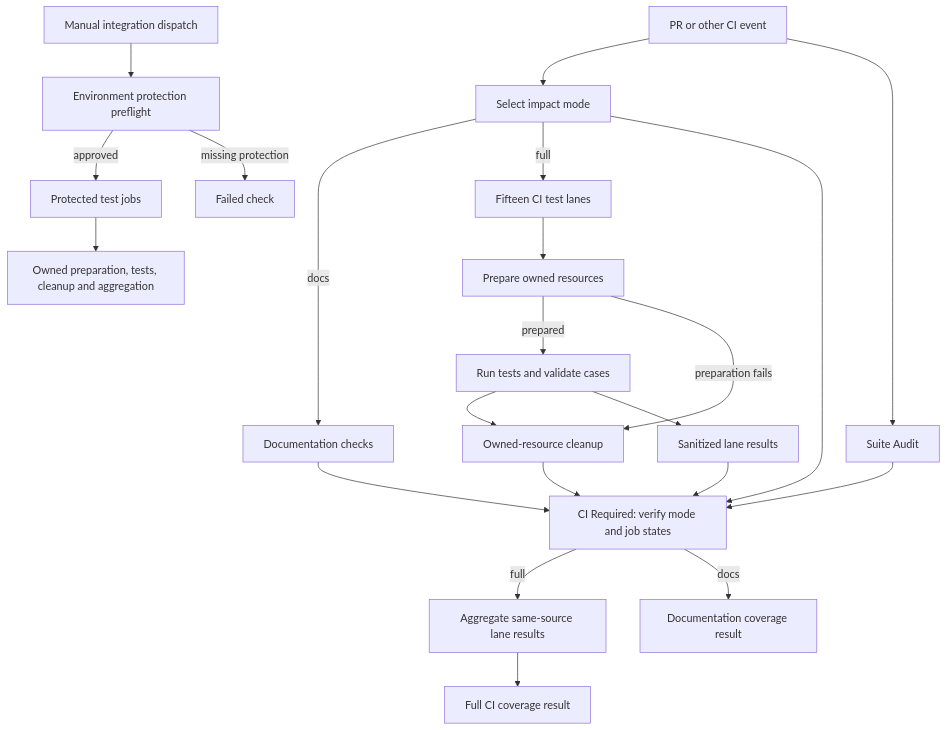
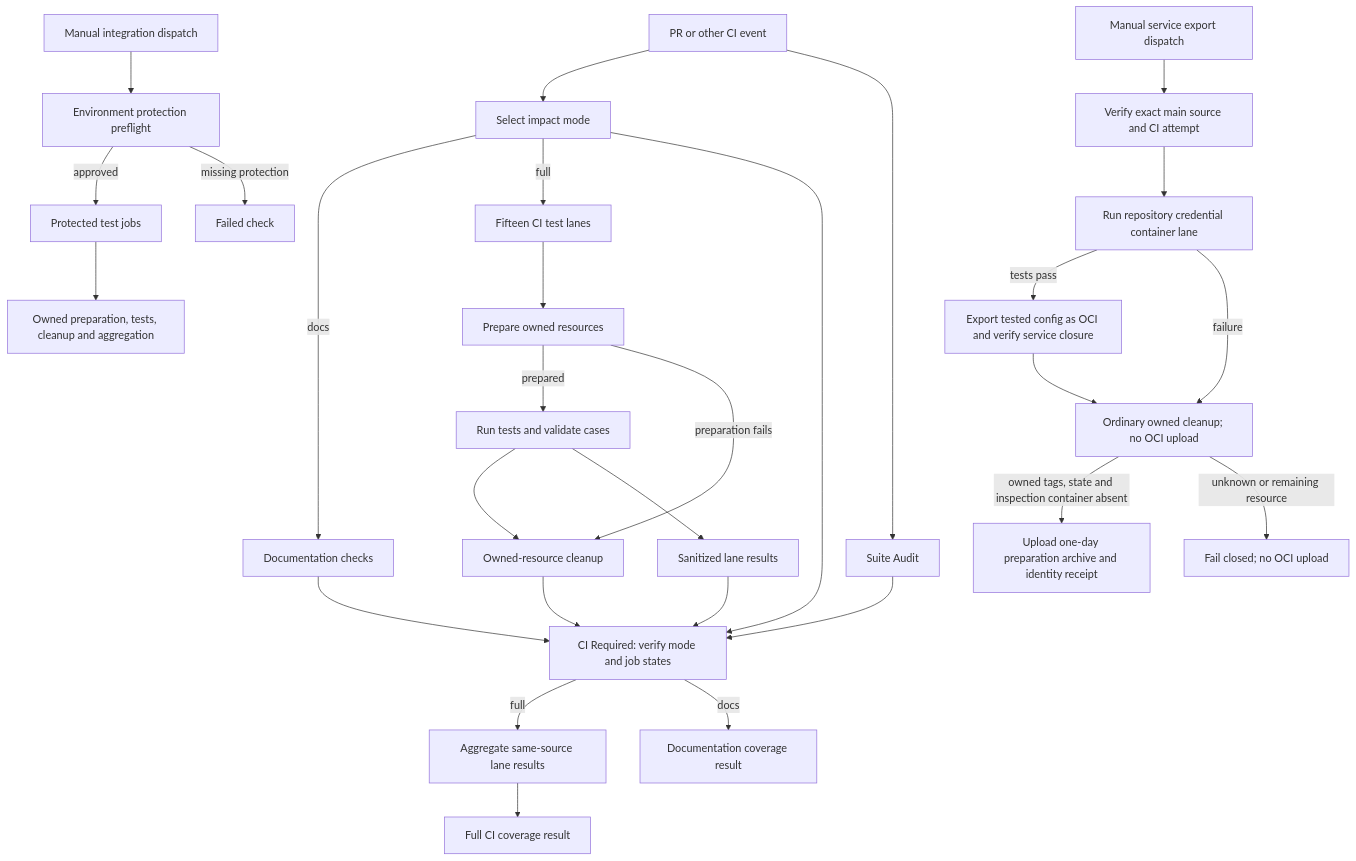
The diagram in docs/flows/github-actions-testing.md (SebTardif/openclaw-enterprise), drawn with Mermaid before and after one commit. The commit also changed other lines of this file and 7 other files, not shown here.

Commit message:
ci: prepare tested repository service image export

````diff
--- a/docs/flows/github-actions-testing.md
+++ b/docs/flows/github-actions-testing.md
@@ -21,24 +21,31 @@
 ```mermaid
 graph TD
   A["PR or other CI event"] --> S["Select impact mode"]
   A --> N["Suite Audit"]
   S -->|docs| D["Documentation checks"]
   S -->|full| B["Fifteen CI test lanes"]
   B --> F["Prepare owned resources"]
   F -->|prepared| H["Run tests and validate cases"]
   F -->|preparation fails| J["Owned-resource cleanup"]
   H --> J
   H --> K["Sanitized lane results"]
   J --> G["CI Required: verify mode and job states"]
   S --> G
   N --> G
   D --> G
   K --> G
   G -->|full| L["Aggregate same-source lane results"]
   G -->|docs| M["Documentation coverage result"]
   L --> R["Full CI coverage result"]
   C["Manual integration dispatch"] --> P["Environment protection preflight"]
   P -->|approved| E["Protected test jobs"]
   P -->|missing protection| X["Failed check"]
   E --> T["Owned preparation, tests, cleanup and aggregation"]
+  Q["Manual service export dispatch"] --> V["Verify exact main source and CI attempt"]
+  V --> W["Run repository credential container lane"]
+  W -->|tests pass| O["Export tested config as OCI and verify service closure"]
+  W -->|failure| U["Ordinary owned cleanup; no OCI upload"]
+  O --> U
+  U -->|owned tags, state and inspection container absent| Z["Upload one-day preparation archive and identity receipt"]
+  U -->|unknown or remaining resource| Y["Fail closed; no OCI upload"]
 ```
````
